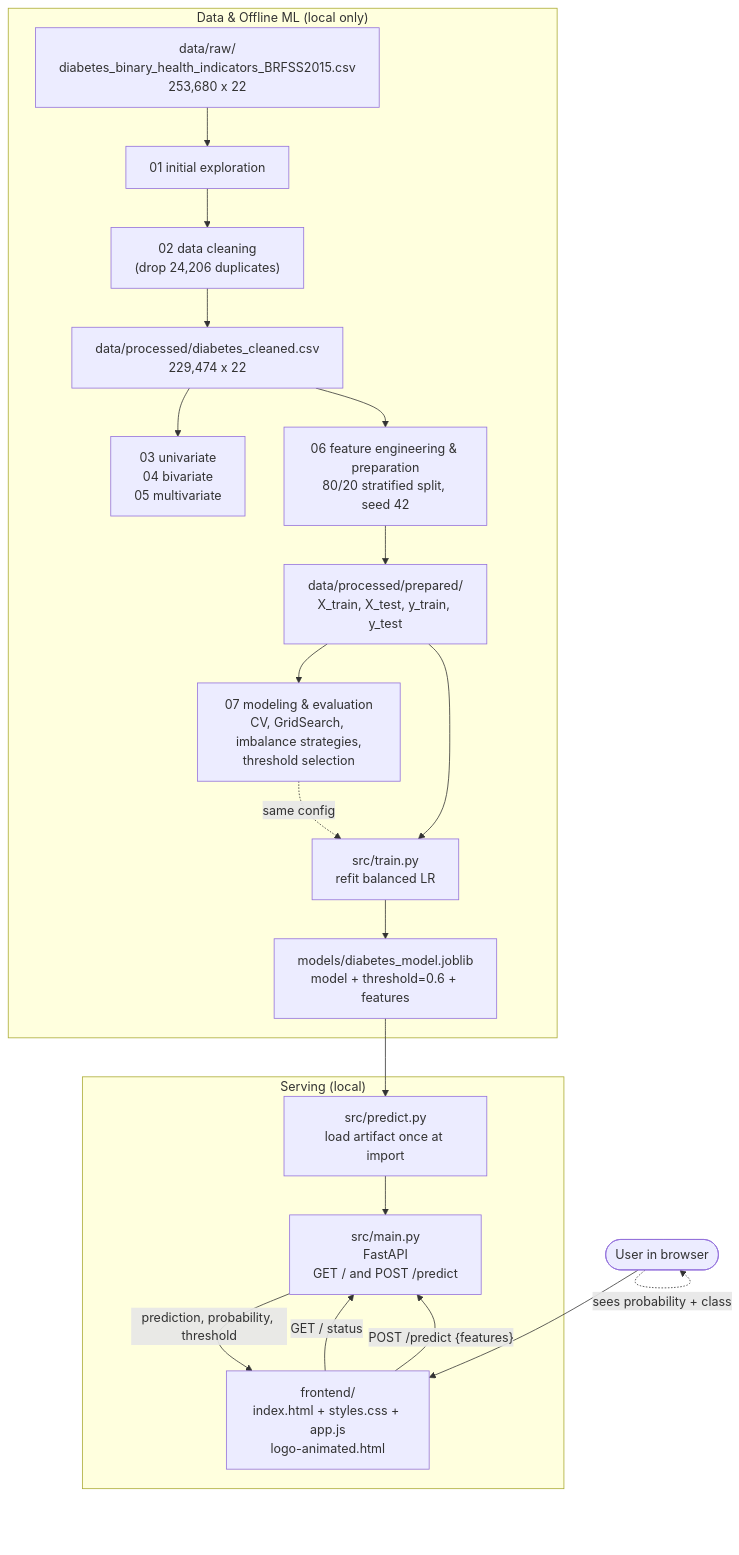
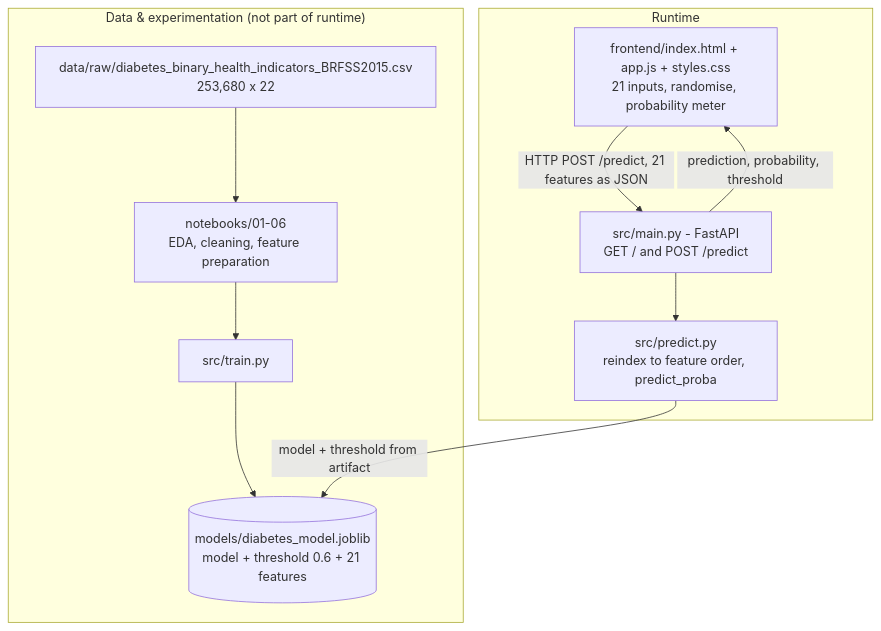
Before and after one commit to mu-3mar/cdc-diabetes-health-indicators: the diagram in README.md, drawn with Mermaid. The commit also changed other lines of this file, not shown here.

````diff
--- a/README.md
+++ b/README.md
@@ -1148,35 +343,19 @@
 ```mermaid
-flowchart TB
-    subgraph Data["Data & Offline ML (local only)"]
-        RAW["data/raw/<br/>diabetes_binary_health_indicators_BRFSS2015.csv<br/>253,680 x 22"]
-        NB1["01 initial exploration"]
-        NB2["02 data cleaning<br/>(drop 24,206 duplicates)"]
-        CLEAN["data/processed/diabetes_cleaned.csv<br/>229,474 x 22"]
-        NB345["03 univariate<br/>04 bivariate<br/>05 multivariate"]
-        NB6["06 feature engineering & preparation<br/>80/20 stratified split, seed 42"]
-        PREP["data/processed/prepared/<br/>X_train, X_test, y_train, y_test"]
-        NB7["07 modeling & evaluation<br/>CV, GridSearch, imbalance strategies,<br/>threshold selection"]
-        TRAIN["src/train.py<br/>refit balanced LR"]
-        ART["models/diabetes_model.joblib<br/>model + threshold=0.6 + features"]
+graph TD
+    subgraph Data["Data & experimentation (not part of runtime)"]
+        RAW["data/raw/diabetes_binary_health_indicators_BRFSS2015.csv<br/>253,680 x 22"]
+        NB["notebooks/01-06<br/>EDA, cleaning, feature preparation"]
+        TR["src/train.py"]
+        ART[("models/diabetes_model.joblib<br/>model + threshold 0.6 + 21 features")]
+        RAW --> NB --> TR --> ART
     end
 
-    subgraph Serve["Serving (local)"]
-        PRED["src/predict.py<br/>load artifact once at import"]
-        API["src/main.py<br/>FastAPI<br/>GET / and POST /predict"]
-        FE["frontend/<br/>index.html + styles.css + app.js<br/>logo-animated.html"]
+    subgraph Runtime["Runtime"]
+        UI["frontend/index.html + app.js + styles.css<br/>21 inputs, randomise, probability meter"]
+        API["src/main.py - FastAPI<br/>GET / and POST /predict"]
+        PRED["src/predict.py<br/>reindex to feature order, predict_proba"]
+        UI -->|"HTTP POST /predict, 21 features as JSON"| API --> PRED
+        PRED -->|"model + threshold from artifact"| ART
+        API -->|"prediction, probability, threshold"| UI
     end
-
-    USER(["User in browser"])
-
-    RAW --> NB1 --> NB2 --> CLEAN
-    CLEAN --> NB345
-    CLEAN --> NB6 --> PREP --> NB7
-    NB7 -. "same config" .-> TRAIN
-    PREP --> TRAIN --> ART
-    ART --> PRED --> API
-    FE -->|"GET / status"| API
-    FE -->|"POST /predict {features}"| API
-    API -->|"prediction, probability, threshold"| FE
-    USER --> FE
-    USER -. "sees probability + class" .-> USER
 ```
````
